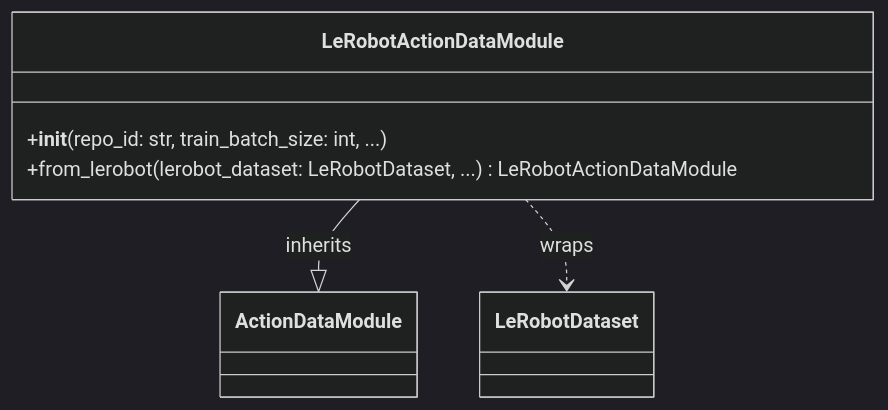
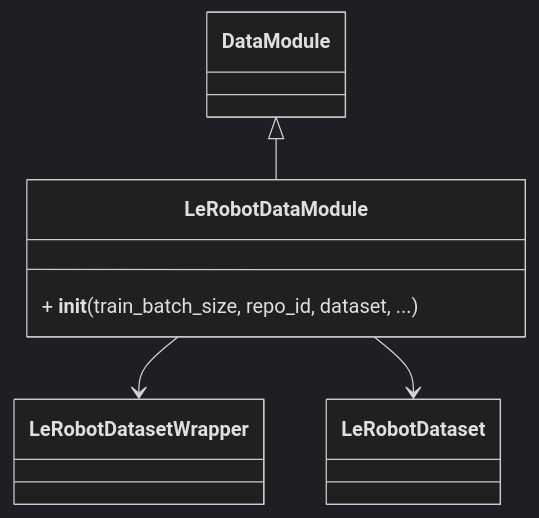
Before and after one commit to open-edge-platform/physical-ai-studio: the second of 2 diagrams in lib/docs/design/data/lerobot.md, drawn with Mermaid (dark theme). The commit also changed other lines of this file and 27 other files, not shown here.

````diff
--- a/lib/docs/design/data/lerobot.md
+++ b/lib/docs/design/data/lerobot.md
@@ -58,16 +56,14 @@
 ```mermaid
 classDiagram
-    class ActionDataModule {
+    class DataModule
+    class LeRobotDatasetWrapper
+    class LeRobotDataset
+
+    class LeRobotDataModule {
+        + __init__(train_batch_size, repo_id, dataset, ...)
     }
 
-    class LeRobotDataset {
-    }
-
-    class LeRobotActionDataModule {
-        +__init__(repo_id: str, train_batch_size: int, ...)
-        +from_lerobot(lerobot_dataset: LeRobotDataset, ...) LeRobotActionDataModule
-    }
-
-    LeRobotActionDataModule --|> ActionDataModule : inherits
-    LeRobotActionDataModule ..> LeRobotDataset : wraps
+    DataModule <|-- LeRobotDataModule
+    LeRobotDataModule --> LeRobotDatasetWrapper
+    LeRobotDataModule --> LeRobotDataset
 ```
````
